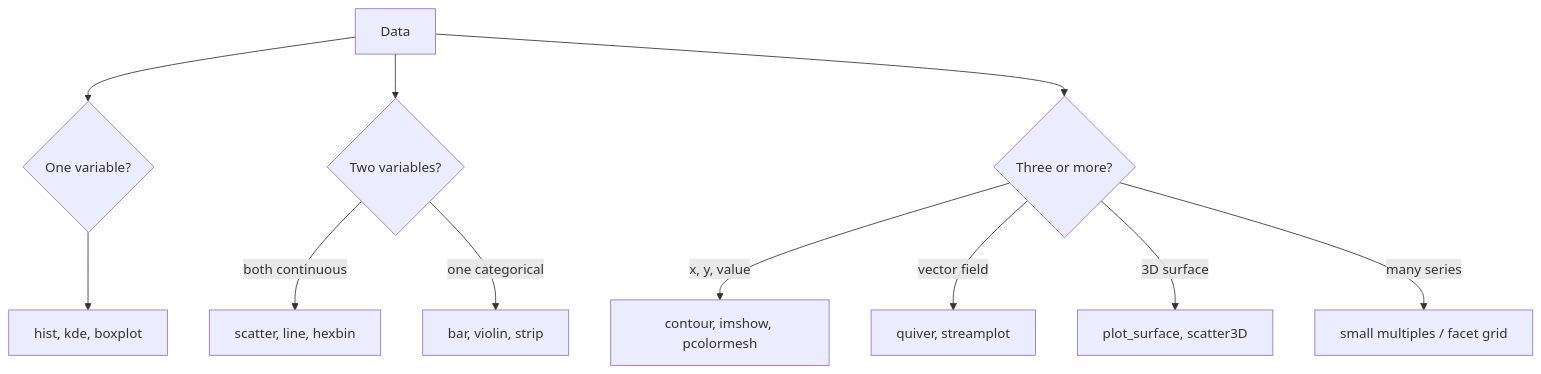
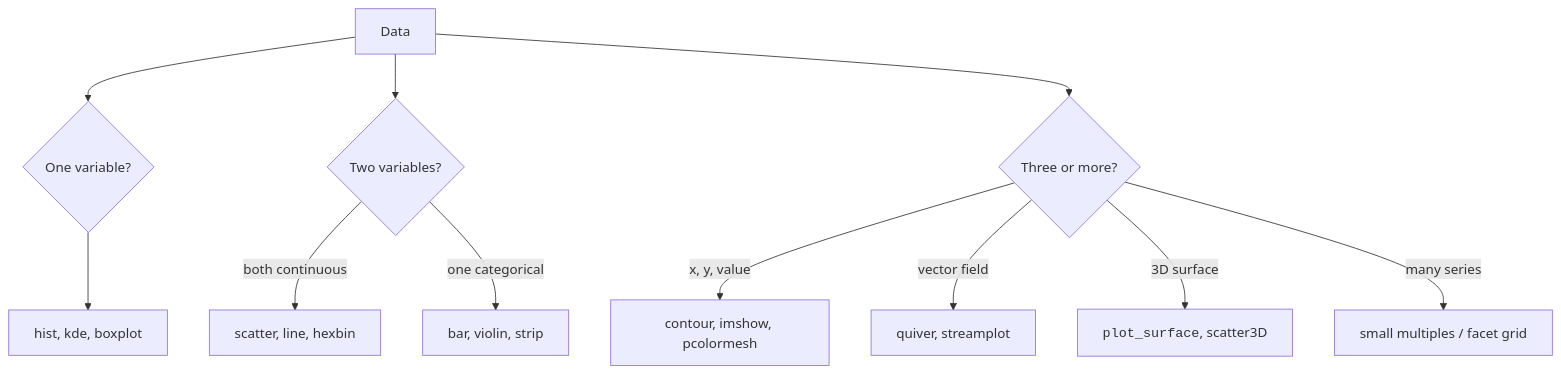
Before and after one commit to dataslope/dataslope: the diagram in content/learn/scientific-computing-python/scientific-visualization.mdx, drawn with Mermaid. The commit also changed 218 other files, not shown here.

First line of the commit message:
Render code-only mermaid shapes in monospace; convert step sequences to Steps (#467)

````diff
--- a/content/learn/scientific-computing-python/scientific-visualization.mdx
+++ b/content/learn/scientific-computing-python/scientific-visualization.mdx
@@ -16,14 +16,14 @@
 ```mermaid
 flowchart TB
     Data[Data]
     Data --> One{One variable?}
     One --> Hist[hist, kde, boxplot]
     Data --> Two{Two variables?}
     Two -- both continuous --> Scatter[scatter, line, hexbin]
     Two -- one categorical --> Bar[bar, violin, strip]
     Data --> Three{Three or more?}
     Three -- "x, y, value" --> Field[contour, imshow, pcolormesh]
     Three -- "vector field" --> Vec[quiver, streamplot]
-    Three -- 3D surface --> Surf[plot_surface, scatter3D]
+    Three -- 3D surface --> Surf["<code>plot_surface</code>, scatter3D"]
     Three -- "many series" --> Small[small multiples / facet grid]
 ```
````
